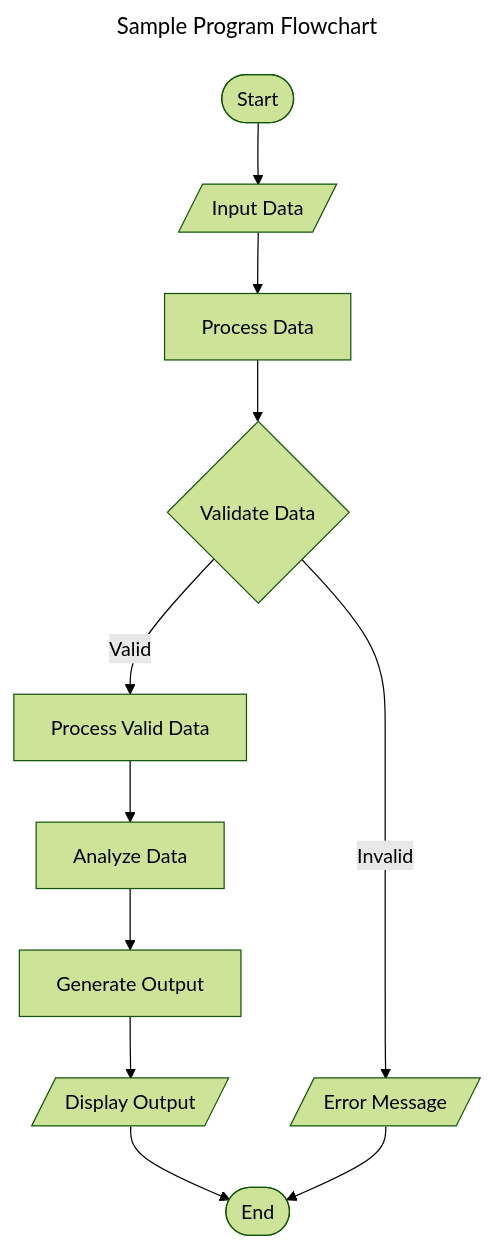
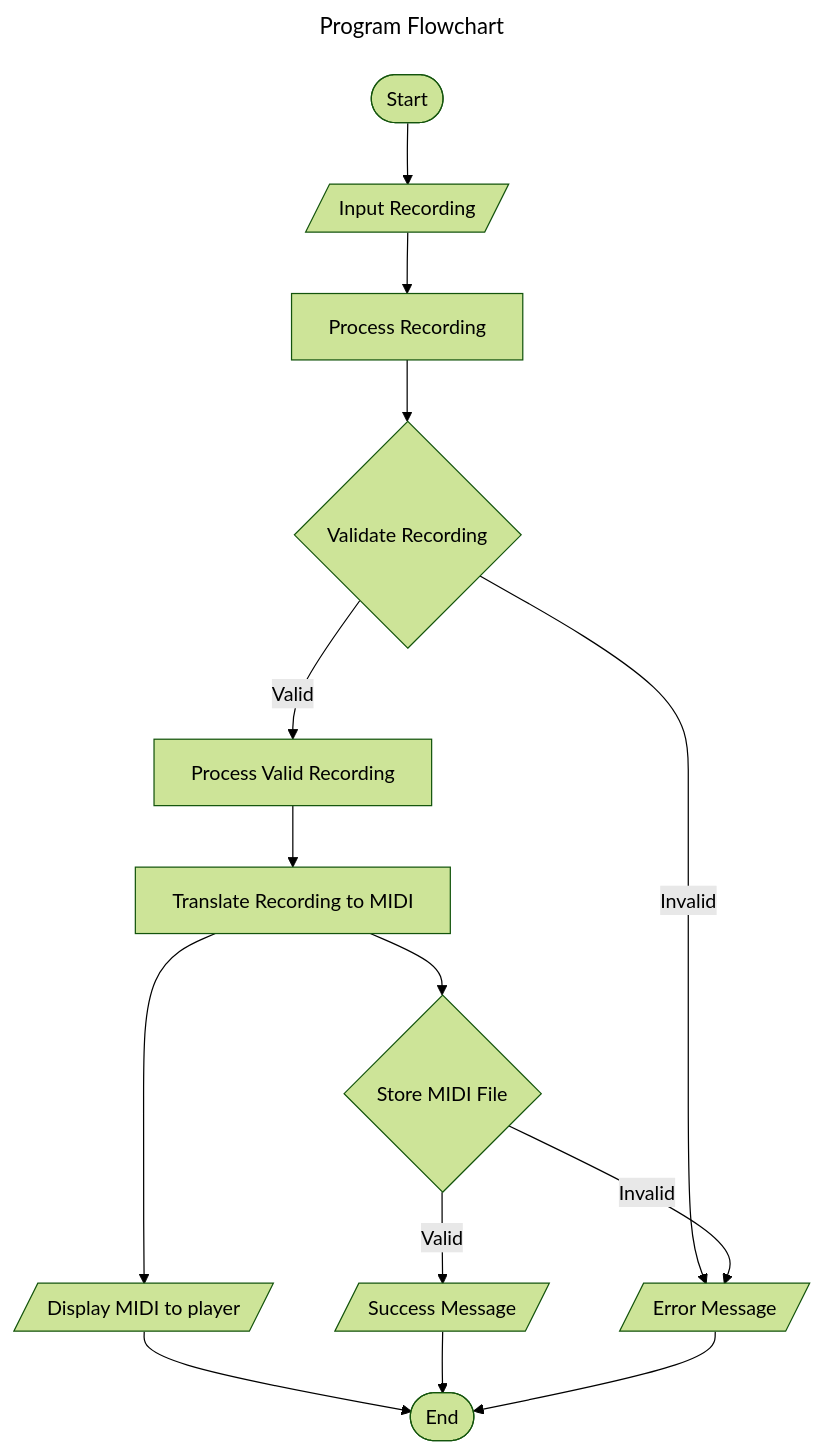
The fourth of 6 diagrams in README.md (bengoh815/cs506-project), drawn with Mermaid (forest theme) before and after one commit. The commit also changed other lines of this file, not shown here.

Commit message:
System Architecture Diagram Done

````diff
--- a/README.md
+++ b/README.md
@@ -265,16 +177,19 @@
 ```mermaid
 ---
-title: Sample Program Flowchart
+title: Program Flowchart
 ---
 graph TD;
-    Start([Start]) --> Input_Data[/Input Data/];
-    Input_Data --> Process_Data[Process Data];
-    Process_Data --> Validate_Data{Validate Data};
-    Validate_Data -->|Valid| Process_Valid_Data[Process Valid Data];
-    Validate_Data -->|Invalid| Error_Message[/Error Message/];
-    Process_Valid_Data --> Analyze_Data[Analyze Data];
-    Analyze_Data --> Generate_Output[Generate Output];
-    Generate_Output --> Display_Output[/Display Output/];
-    Display_Output --> End([End]);
+    Start([Start]) --> Input_Recording[/Input Recording \n/];
+    Input_Recording --> Process_Recording[Process Recording];
+    Process_Recording --> Validate_Recording{Validate Recording};
+    Validate_Recording -->|Valid| Process_Valid_Recording[Process Valid Recording];
+    Validate_Recording -->|Invalid| Error_Message[/Error Message/];
+    Process_Valid_Recording --> Translate_Recording_to_MIDI[Translate Recording to MIDI];
+    Translate_Recording_to_MIDI  --> Store_MIDI_File{Store MIDI File};
+    Store_MIDI_File -->|Valid| Success_Message[/Success Message/];
+    Store_MIDI_File -->|Invalid| Error_Message[/Error Message/];
+    Translate_Recording_to_MIDI --> Display_MIDI[/Display MIDI to player/];
+    Display_MIDI --> End([End]);
+    Success_Message --> End;
     Error_Message --> End;
 ```
````
